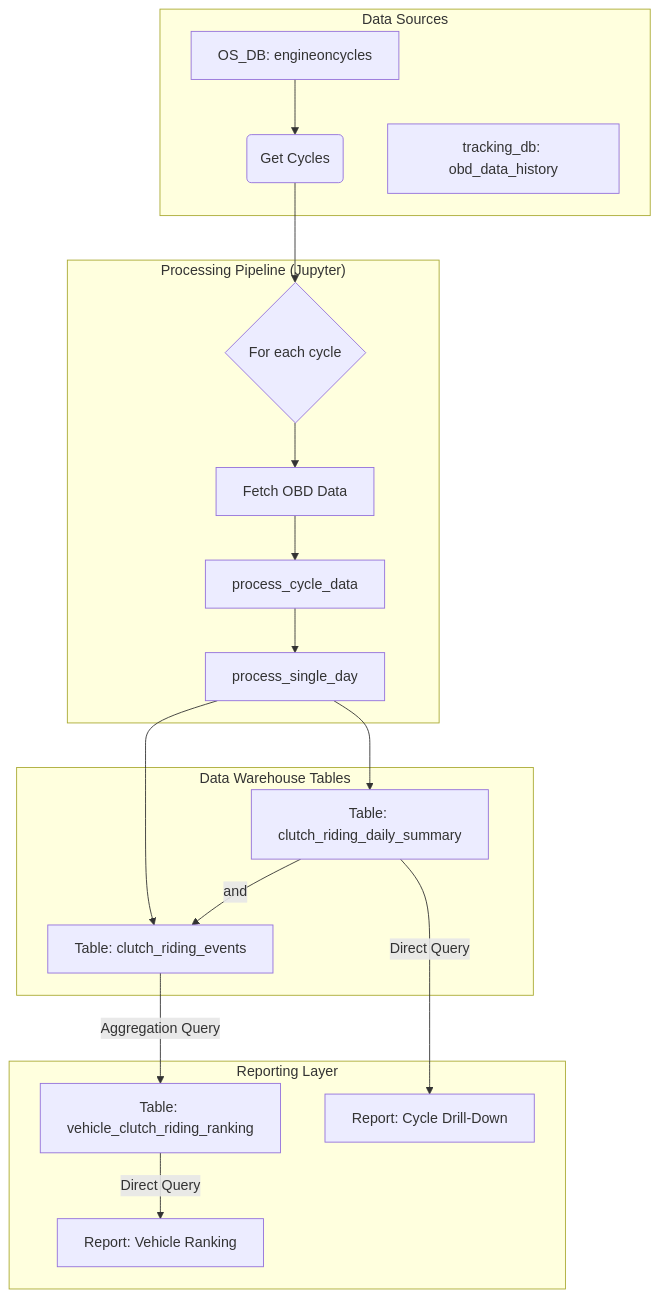
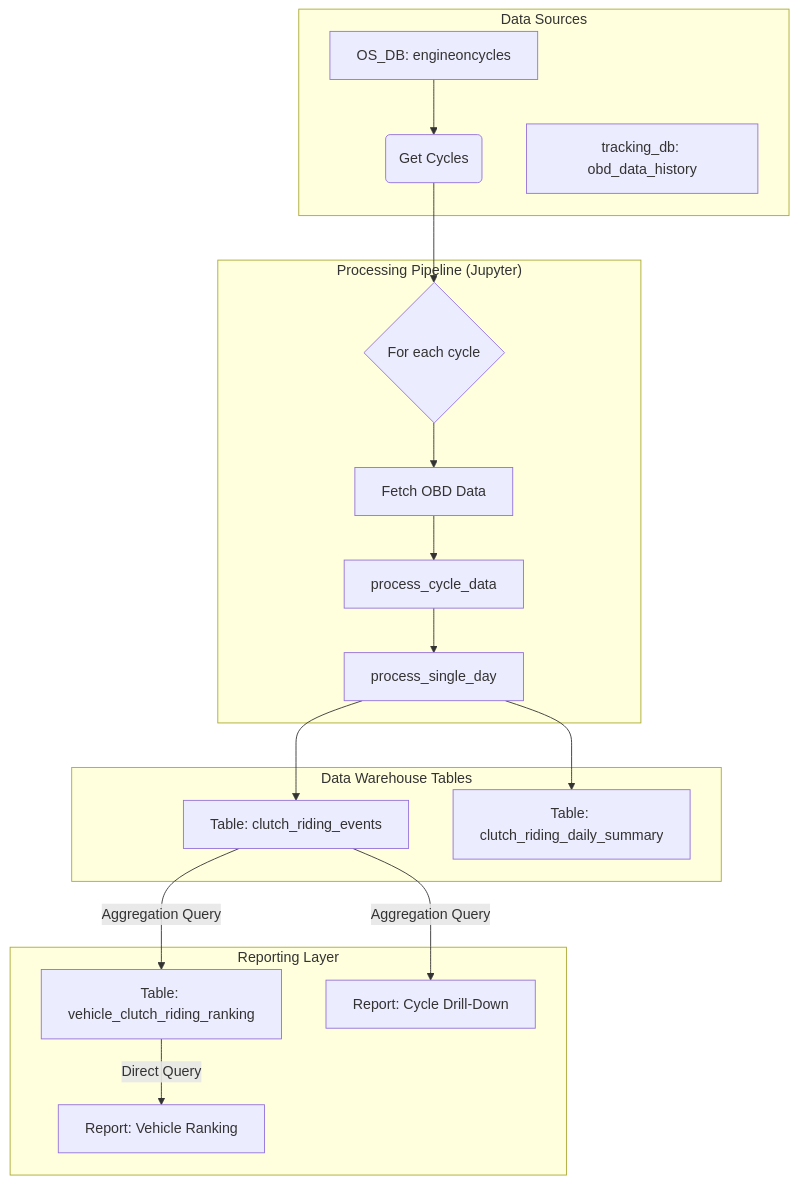
The first of 2 diagrams in SIMPLE_PRD.md (walterbrown17/clutch_riding), drawn with Mermaid before and after one commit. The commit also changed other lines of this file, not shown here.

````diff
--- a/SIMPLE_PRD.md
+++ b/SIMPLE_PRD.md
@@ -40,26 +40,25 @@
 ```mermaid
 graph TD
     subgraph "Data Sources"
         A[OS_DB: engineoncycles] --> B;
         C[tracking_db: obd_data_history];
     end
 
     subgraph "Processing Pipeline (Jupyter)"
         B(Get Cycles) --> E{For each cycle};
         E --> F[Fetch OBD Data];
         F --> G[process_cycle_data];
         G --> H[process_single_day];
     end
     
     subgraph "Data Warehouse Tables"
         H --> I[Table: clutch_riding_events];
         H --> J[Table: clutch_riding_daily_summary];
     end
 
     subgraph "Reporting Layer"
-        J -- and --> I;
         I -- Aggregation Query --> K[Table: vehicle_clutch_riding_ranking];
-        J -- Direct Query --> L[Report: Cycle Drill-Down];
+        I -- Aggregation Query --> L[Report: Cycle Drill-Down];
         K -- Direct Query --> M[Report: Vehicle Ranking];
     end
 ```
````
